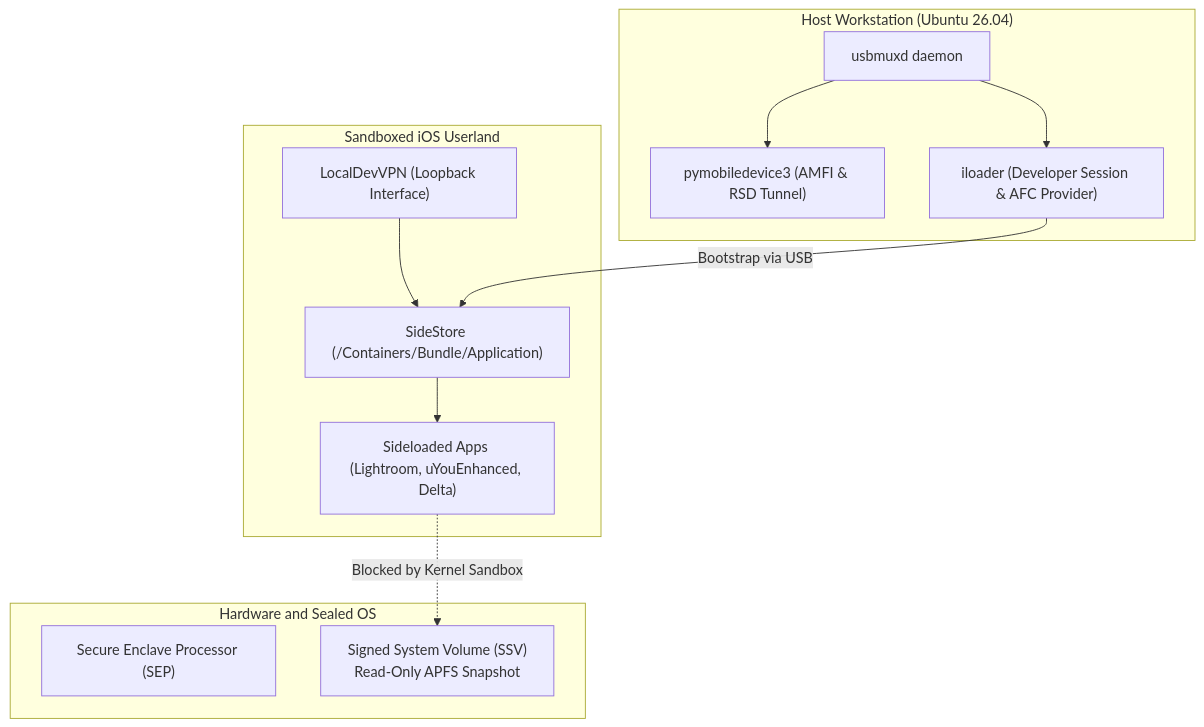
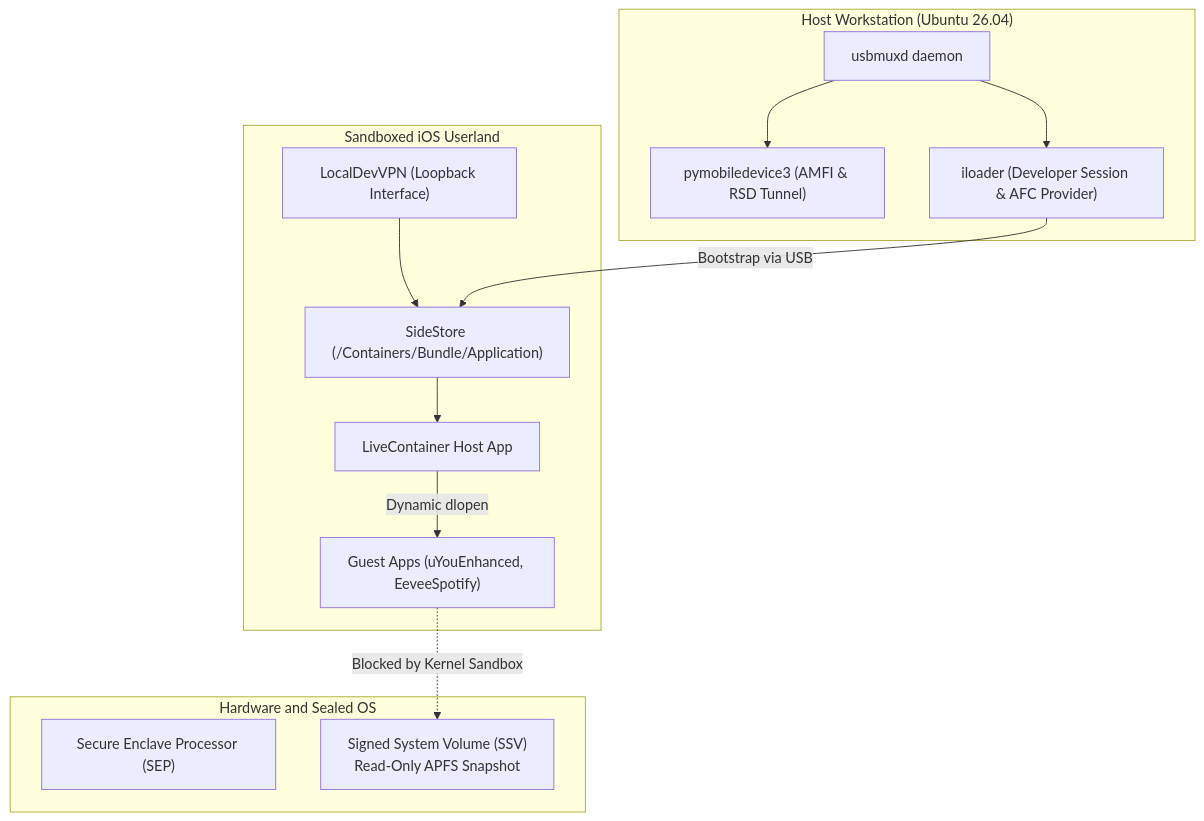
The diagram in README.md (dulithdivisekara/ios-sideload-toolkit), drawn with Mermaid before and after one commit. The commit also changed other lines of this file and 3 other files, not shown here.

Commit message:
docs: add LiveContainer JIT-less guide, troubleshooting matrix, and vault specs

````diff
--- a/README.md
+++ b/README.md
@@ -38,26 +39,28 @@
 ```mermaid
 graph TD
     subgraph HostWorkstation ["Host Workstation (Ubuntu 26.04)"]
         USB["usbmuxd daemon"]
         PMD["pymobiledevice3 (AMFI & RSD Tunnel)"]
         ILOADER["iloader (Developer Session & AFC Provider)"]
         USB --> PMD
         USB --> ILOADER
     end
 
     subgraph HardwareOS ["Hardware and Sealed OS"]
         SEP["Secure Enclave Processor (SEP)"]
         SSV["Signed System Volume (SSV)<br/>Read-Only APFS Snapshot"]
     end
 
     subgraph Userland ["Sandboxed iOS Userland"]
         VPN["LocalDevVPN (Loopback Interface)"]
         SIDESTORE["SideStore (/Containers/Bundle/Application)"]
-        GUEST["Sideloaded Apps (Lightroom, uYouEnhanced, Delta)"]
+        LIVECONTAINER["LiveContainer Host App"]
+        GUEST["Guest Apps (uYouEnhanced, EeveeSpotify)"]
         VPN --> SIDESTORE
-        SIDESTORE --> GUEST
+        SIDESTORE --> LIVECONTAINER
+        LIVECONTAINER -->|Dynamic dlopen| GUEST
     end
 
     ILOADER -->|Bootstrap via USB| SIDESTORE
     GUEST -.->|Blocked by Kernel Sandbox| SSV
 ```
````
